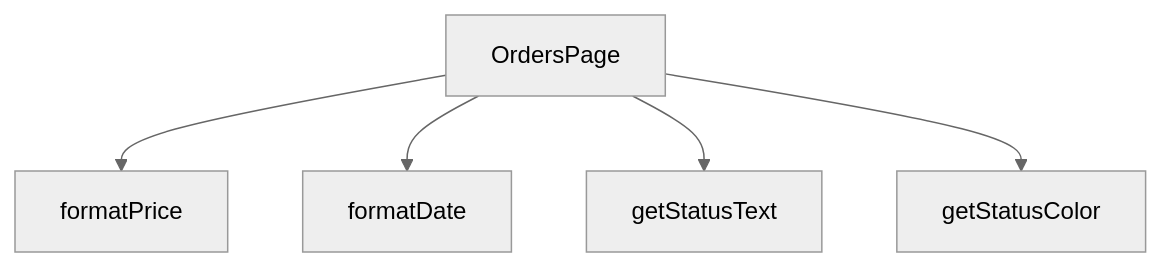
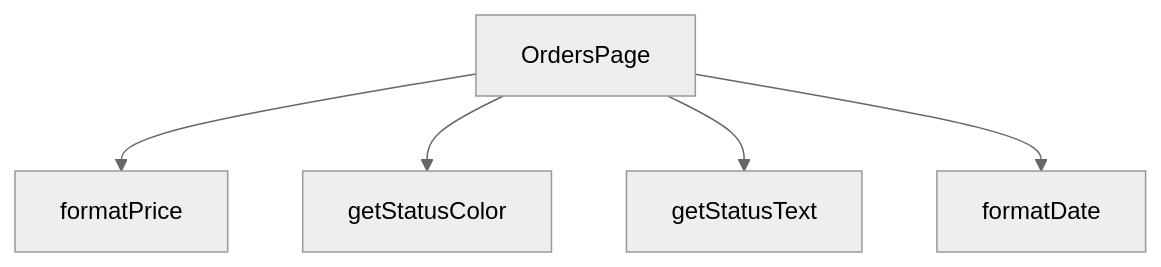
One commit to peckop/venthub-hvac-esite changed the diagram in src/views/OrdersPage.md. Above: the diagram before and after it, drawn with Mermaid (neutral theme). The commit also changed other lines of this file and 45 other files, not shown here.

````diff
--- a/src/views/OrdersPage.md
+++ b/src/views/OrdersPage.md
@@ -143,12 +165,12 @@
 ```mermaid
 graph TD
     OrdersPage_tsx__OrdersPage["OrdersPage"]
     OrdersPage_tsx__formatDate["formatDate"]
     OrdersPage_tsx__formatPrice["formatPrice"]
     OrdersPage_tsx__getStatusColor["getStatusColor"]
     OrdersPage_tsx__getStatusText["getStatusText"]
     OrdersPage_tsx__OrdersPage --> OrdersPage_tsx__formatPrice
+    OrdersPage_tsx__OrdersPage --> OrdersPage_tsx__getStatusColor
+    OrdersPage_tsx__OrdersPage --> OrdersPage_tsx__getStatusText
     OrdersPage_tsx__OrdersPage --> OrdersPage_tsx__formatDate
-    OrdersPage_tsx__OrdersPage --> OrdersPage_tsx__getStatusText
-    OrdersPage_tsx__OrdersPage --> OrdersPage_tsx__getStatusColor
 ```
````
